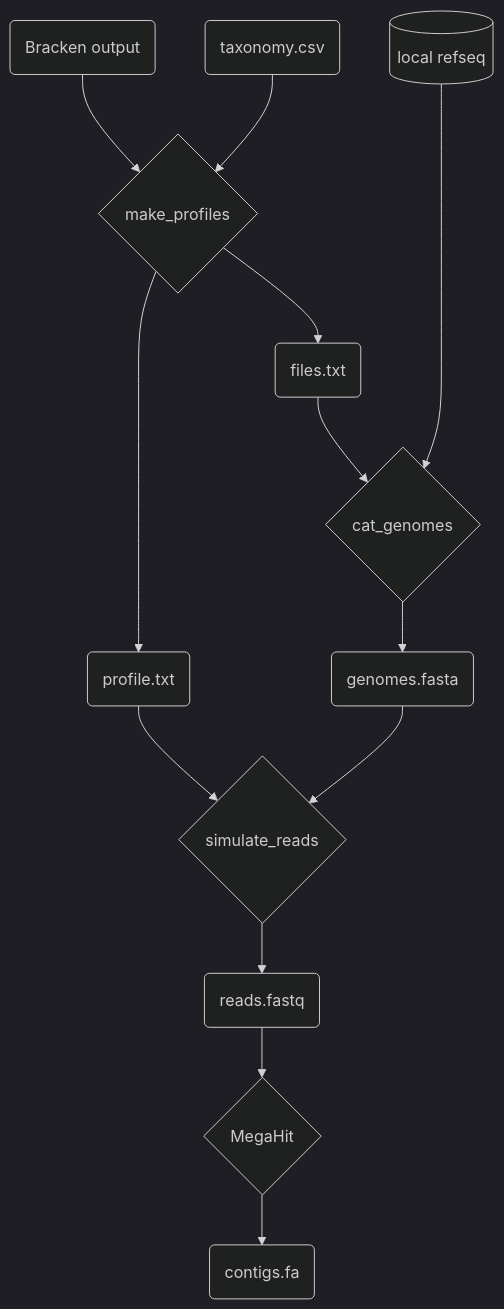
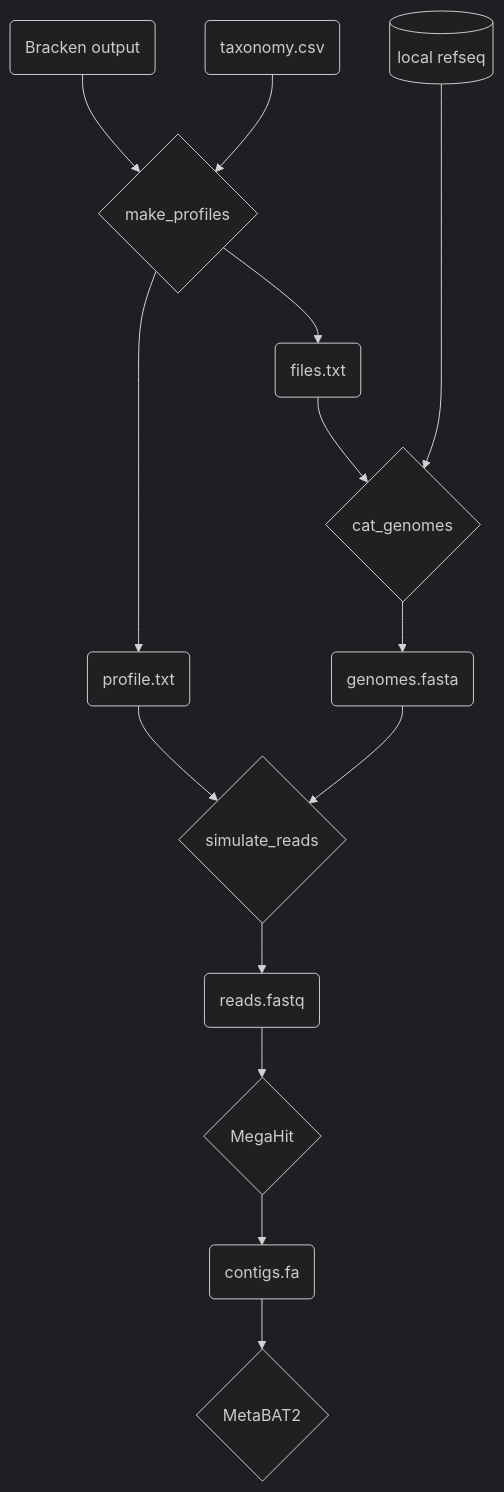
Before and after one commit to hurwitzlab/phage_detection_benchmarks: the diagram in src/simulate_reads/README.md, drawn with Mermaid (dark theme). The commit also changed other lines of this file and 2 other files, not shown here.

Commit message:
add binning

````diff
--- a/src/simulate_reads/README.md
+++ b/src/simulate_reads/README.md
@@ -12,18 +13,19 @@
 ```mermaid
 graph TD
     input(Bracken output) --> profiler{make_profiles};
     taxa(taxonomy.csv) --> profiler;
     profiler --> profile(profile.txt);
     profiler --> globs(files.txt);
     refseq[(local refseq)];
     cat{cat_genomes};
     globs --> cat;
     refseq ----> cat;
     cat --> genomes(genomes.fasta);
     iss{simulate_reads};
     profile --> iss;
     genomes --> iss;
     iss --> reads(reads.fastq);
     reads --> megahit{MegaHit};
     megahit --> contigs(contigs.fa)
+    contigs --> metabat{MetaBAT2}
 ```
````
